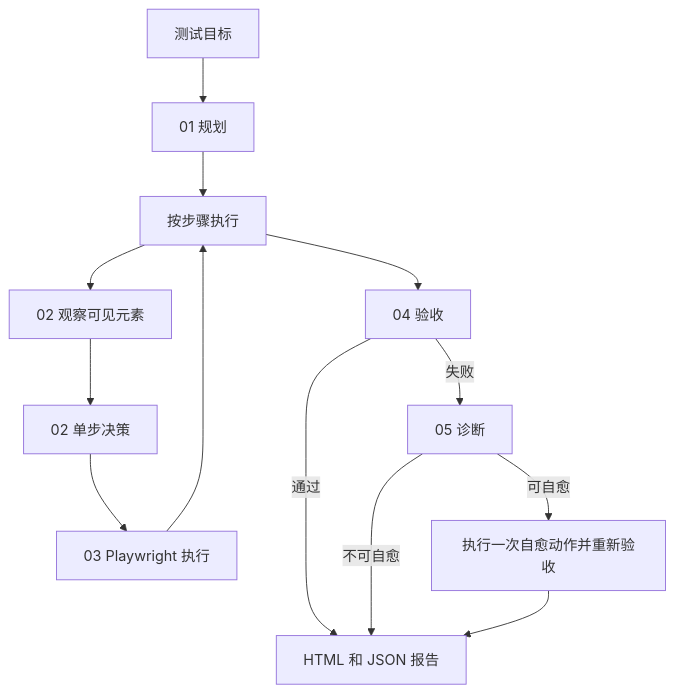
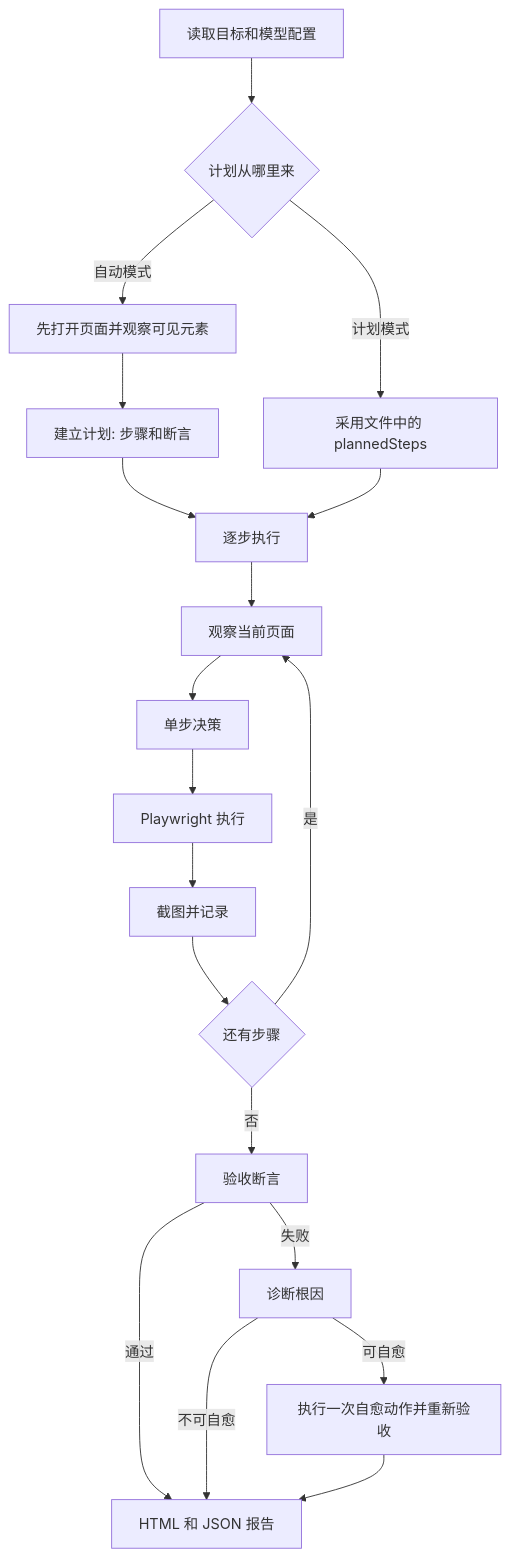
One commit to zhucl1006/auto-test-loop changed the diagram in README.md. Above: the diagram before and after it, drawn with Mermaid. The commit also changed other lines of this file and 4 other files, not shown here.

First line of the commit message:
Document the test loop and add plan mode.

````diff
--- a/README.md
+++ b/README.md
@@ -44,15 +13,21 @@
 ```mermaid
 flowchart TD
-  goal[测试目标] --> planner[01 规划]
-  planner --> loop[按步骤执行]
-  loop --> observer[02 观察可见元素]
-  observer --> actor[02 单步决策]
-  actor --> executor[03 Playwright 执行]
-  executor --> loop
-  loop --> verifier[04 验收]
-  verifier -->|通过| report[HTML 和 JSON 报告]
-  verifier -->|失败| healer[05 诊断]
-  healer -->|可自愈| retry[执行一次自愈动作并重新验收]
-  healer -->|不可自愈| report
+  start[读取目标和模型配置] --> mode{计划从哪里来}
+  mode -->|自动模式| observeFirst[先打开页面并观察可见元素]
+  observeFirst --> buildPlan[建立计划: 步骤和断言]
+  mode -->|计划模式| usePlan[采用文件中的 plannedSteps]
+  buildPlan --> step[逐步执行]
+  usePlan --> step
+  step --> look[观察当前页面]
+  look --> decide[单步决策]
+  decide --> act[Playwright 执行]
+  act --> shot[截图并记录]
+  shot --> more{还有步骤}
+  more -->|是| look
+  more -->|否| verify[验收断言]
+  verify -->|通过| report[HTML 和 JSON 报告]
+  verify -->|失败| heal[诊断根因]
+  heal -->|可自愈| retry[执行一次自愈动作并重新验收]
+  heal -->|不可自愈| report
   retry --> report
 ```
````
